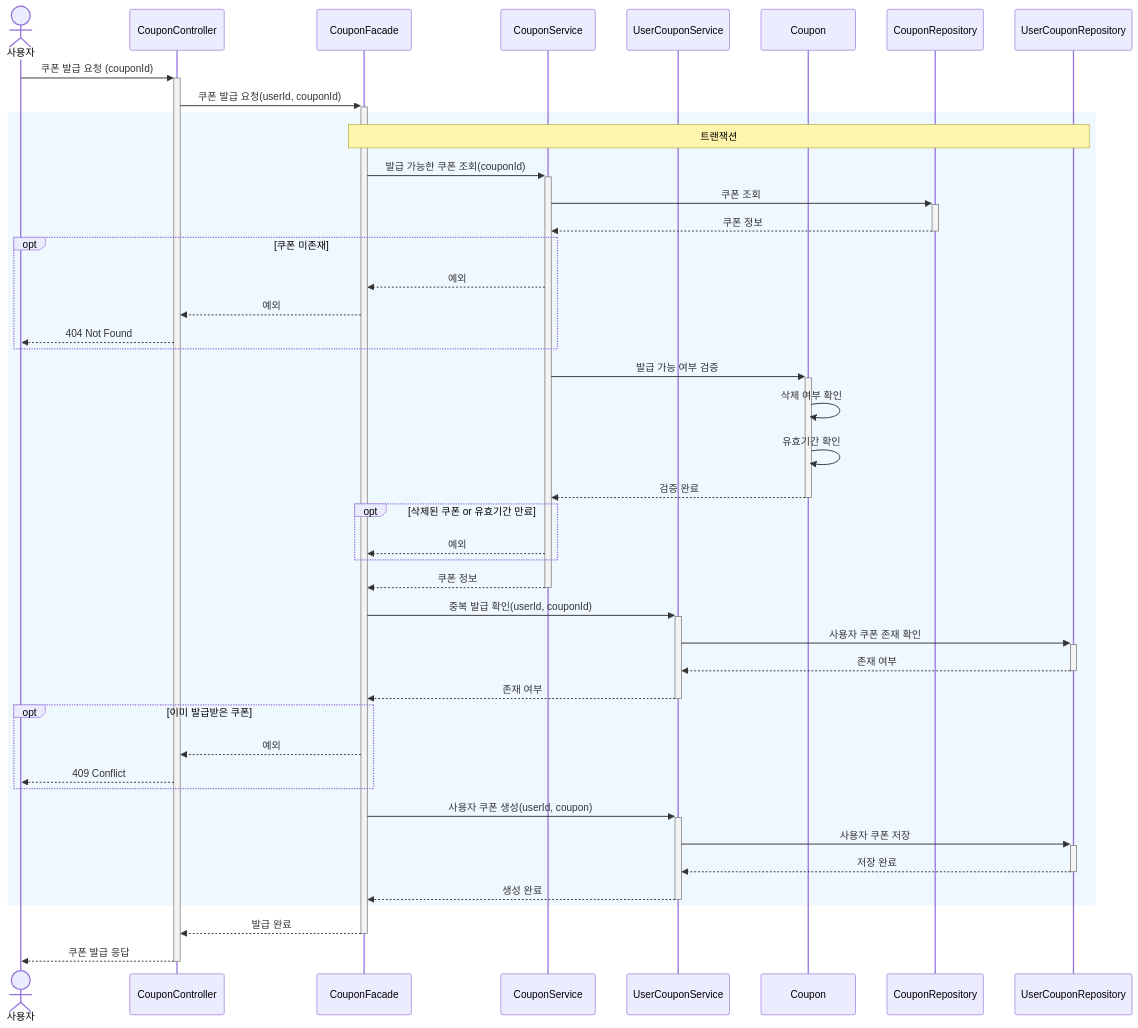
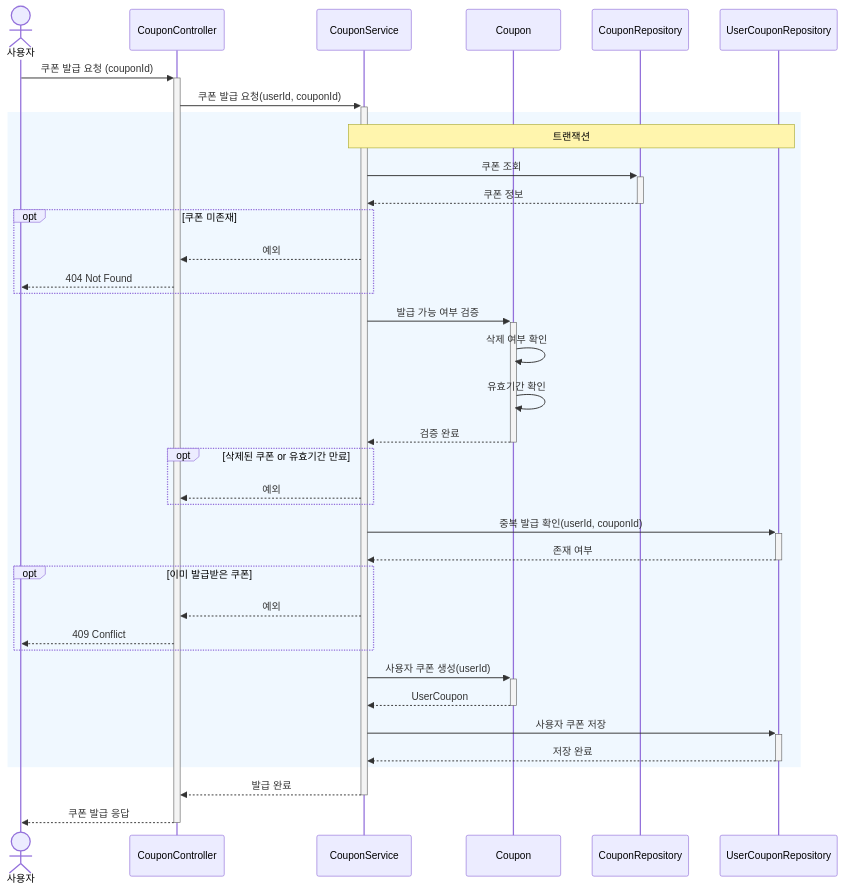
Before and after one commit to kimjunyoung90/loop-pack-be-l2-vol3-java: diagram 24 of 31 in docs/design/02-sequence-diagrams.md, drawn with Mermaid. The commit also changed other lines of this file and 3 other files, not shown here.

````diff
--- a/docs/design/02-sequence-diagrams.md
+++ b/docs/design/02-sequence-diagrams.md
@@ -822,57 +881,49 @@
 ```mermaid
 sequenceDiagram
     actor User as 사용자
     participant CC as CouponController
-    participant CF as CouponFacade
     participant CS as CouponService
-    participant UCS as UserCouponService
     participant C as Coupon
     participant CR as CouponRepository
     participant UCR as UserCouponRepository
 
     User->>+CC: 쿠폰 발급 요청 (couponId)
-    CC->>+CF: 쿠폰 발급 요청(userId, couponId)
+    CC->>+CS: 쿠폰 발급 요청(userId, couponId)
 
     rect rgb(240, 248, 255)
-        Note over CF, UCR: 트랜잭션
+        Note over CS, UCR: 트랜잭션
 
-        CF->>+CS: 발급 가능한 쿠폰 조회(couponId)
         CS->>+CR: 쿠폰 조회
         CR-->>-CS: 쿠폰 정보
 
         opt 쿠폰 미존재
-            CS-->>CF: 예외
-            CF-->>CC: 예외
+            CS-->>CC: 예외
             CC-->>User: 404 Not Found
         end
 
         CS->>+C: 발급 가능 여부 검증
         C->>C: 삭제 여부 확인
         C->>C: 유효기간 확인
         C-->>-CS: 검증 완료
 
         opt 삭제된 쿠폰 or 유효기간 만료
-            CS-->>CF: 예외
+            CS-->>CC: 예외
         end
 
-        CS-->>-CF: 쿠폰 정보
-
-        CF->>+UCS: 중복 발급 확인(userId, couponId)
-        UCS->>+UCR: 사용자 쿠폰 존재 확인
-        UCR-->>-UCS: 존재 여부
-        UCS-->>-CF: 존재 여부
+        CS->>+UCR: 중복 발급 확인(userId, couponId)
+        UCR-->>-CS: 존재 여부
 
         opt 이미 발급받은 쿠폰
-            CF-->>CC: 예외
+            CS-->>CC: 예외
             CC-->>User: 409 Conflict
         end
 
-        CF->>+UCS: 사용자 쿠폰 생성(userId, coupon)
-        UCS->>+UCR: 사용자 쿠폰 저장
-        UCR-->>-UCS: 저장 완료
-        UCS-->>-CF: 생성 완료
+        CS->>+C: 사용자 쿠폰 생성(userId)
+        C-->>-CS: UserCoupon
+        CS->>+UCR: 사용자 쿠폰 저장
+        UCR-->>-CS: 저장 완료
     end
 
-    CF-->>-CC: 발급 완료
+    CS-->>-CC: 발급 완료
     CC-->>-User: 쿠폰 발급 응답
 ```
````
